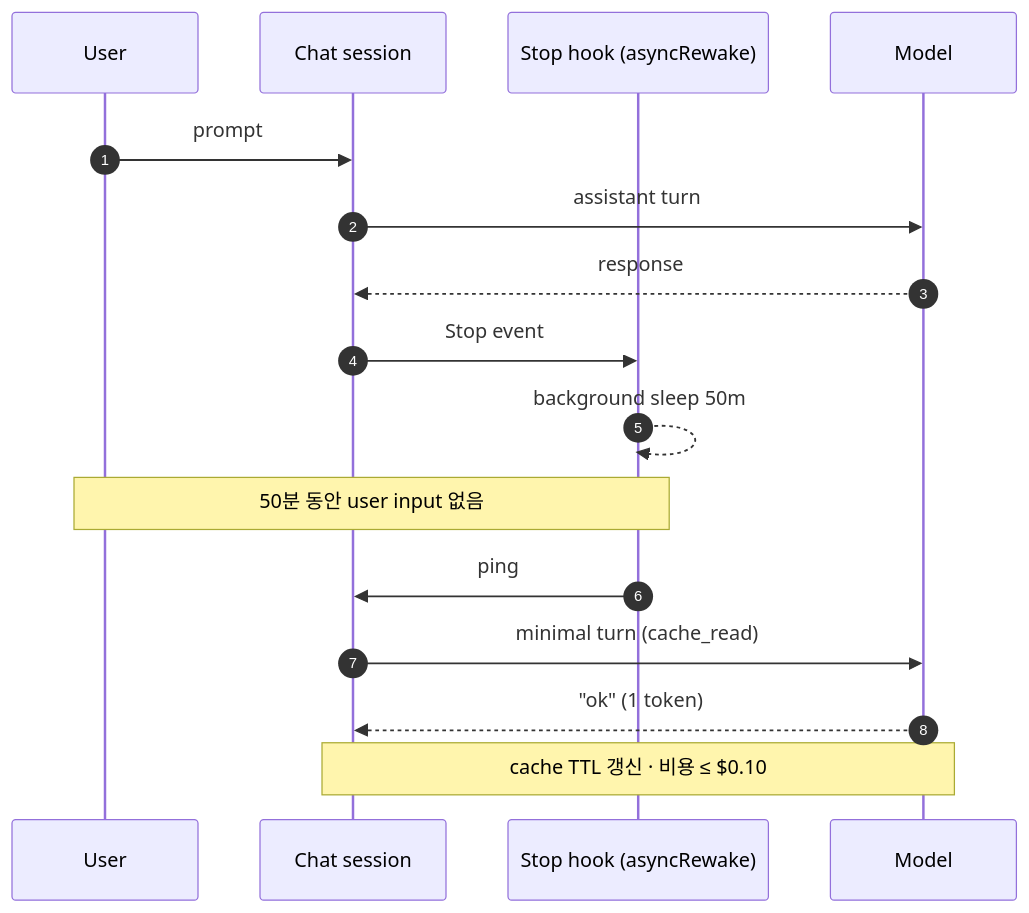
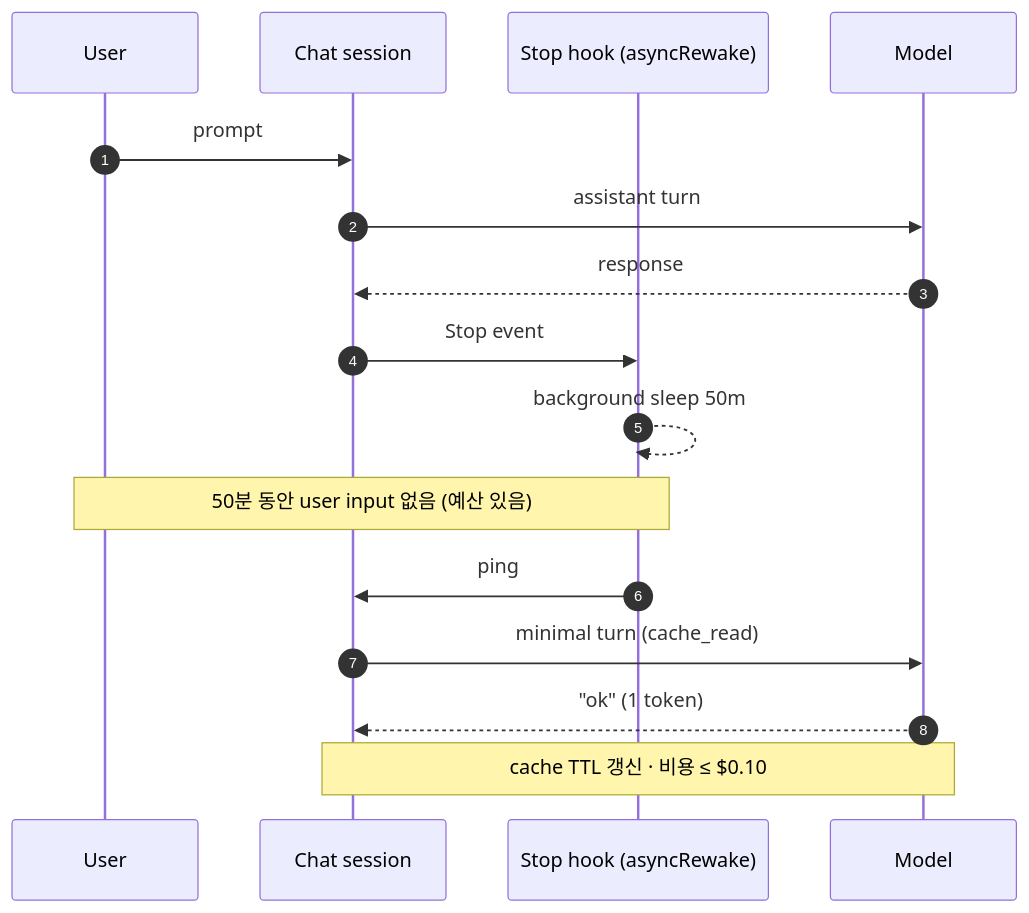
The diagram in README.md (token-keeper/cache-necromancer), drawn with Mermaid before and after one commit. The commit also changed other lines of this file and 9 other files, not shown here.

````diff
--- a/README.md
+++ b/README.md
@@ -99,22 +117,22 @@
 ```mermaid
 sequenceDiagram
     autonumber
     participant U as User
     participant C as Chat session
     participant H as Stop hook (asyncRewake)
     participant M as Model
 
     U->>C: prompt
     C->>M: assistant turn
     M-->>C: response
     C->>H: Stop event
     H-->>H: background sleep 50m
 
-    Note over U,H: 50분 동안 user input 없음
+    Note over U,H: 50분 동안 user input 없음 (예산 있음)
 
     H->>C: ping
     C->>M: minimal turn (cache_read)
     M-->>C: "ok" (1 token)
 
     Note over C,M: cache TTL 갱신 · 비용 ≤ $0.10
 ```
````
